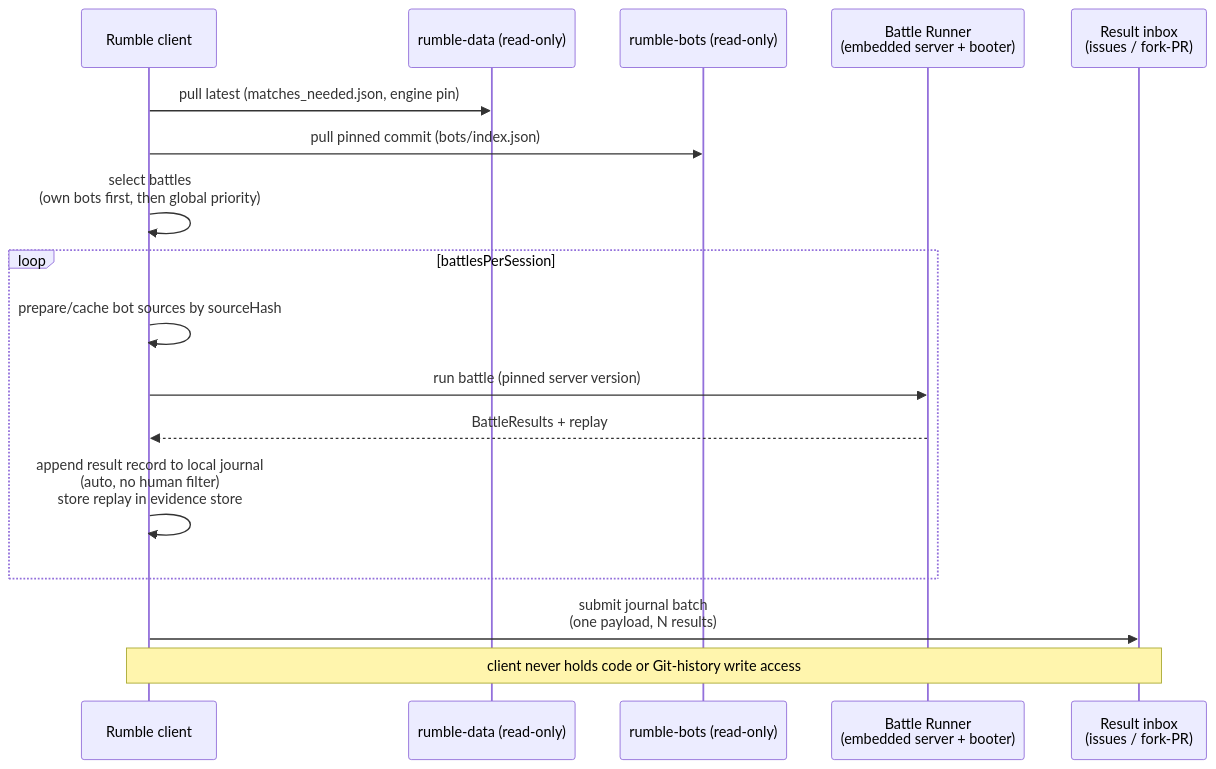
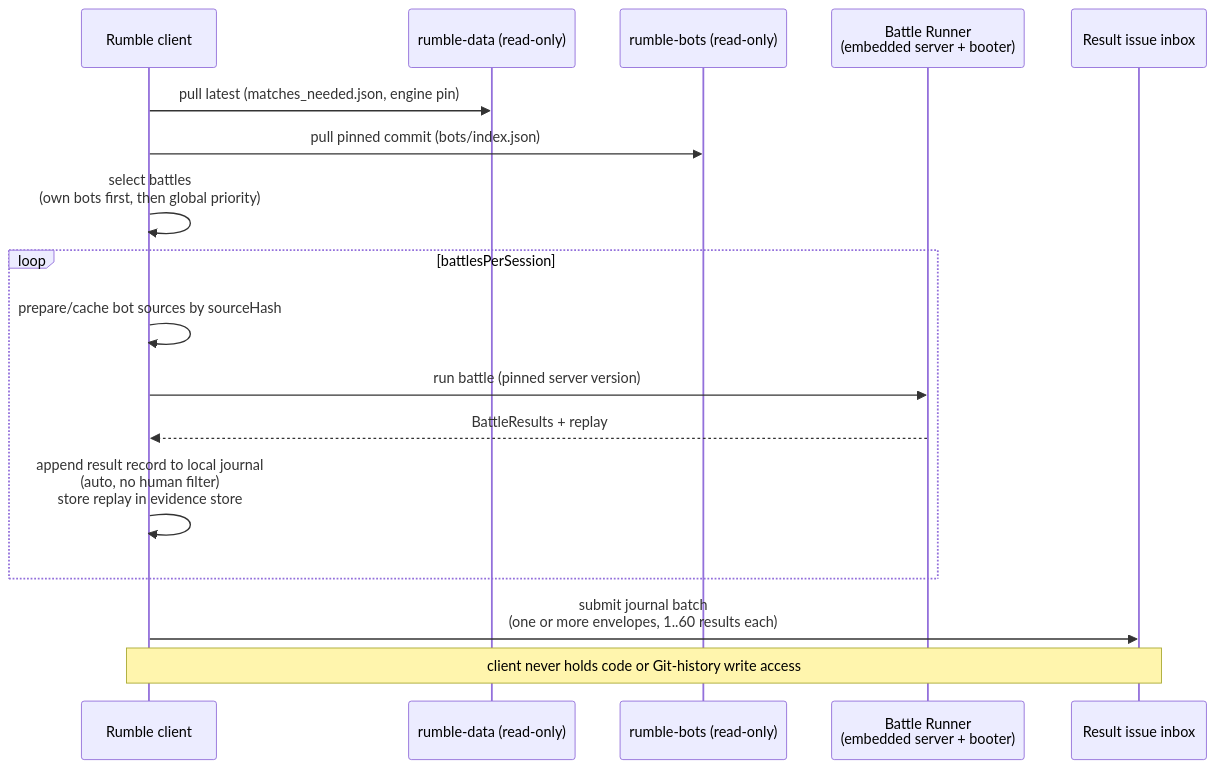
Before and after one commit to robocode-dev/tank-royale: the first of 2 diagrams in docs/design/rumble/client-battles-and-results.md, drawn with Mermaid. The commit also changed other lines of this file and 9 other files, not shown here.

````diff
--- a/docs/design/rumble/client-battles-and-results.md
+++ b/docs/design/rumble/client-battles-and-results.md
@@ -68,20 +68,20 @@
 ```mermaid
 sequenceDiagram
     participant C as Rumble client
     participant DR as rumble-data (read-only)
     participant BR as rumble-bots (read-only)
     participant Run as Battle Runner<br/>(embedded server + booter)
-    participant Inbox as Result inbox<br/>(issues / fork-PR)
+    participant Inbox as Result issue inbox
 
     C->>DR: pull latest (matches_needed.json, engine pin)
     C->>BR: pull pinned commit (bots/index.json)
     C->>C: select battles<br/>(own bots first, then global priority)
     loop battlesPerSession
         C->>C: prepare/cache bot sources by sourceHash
         C->>Run: run battle (pinned server version)
         Run-->>C: BattleResults + replay
         C->>C: append result record to local journal<br/>(auto, no human filter)<br/>store replay in evidence store
     end
-    C->>Inbox: submit journal batch<br/>(one payload, N results)
+    C->>Inbox: submit journal batch<br/>(one or more envelopes, 1..60 results each)
     Note over C,Inbox: client never holds code or Git-history write access
 ```
````
